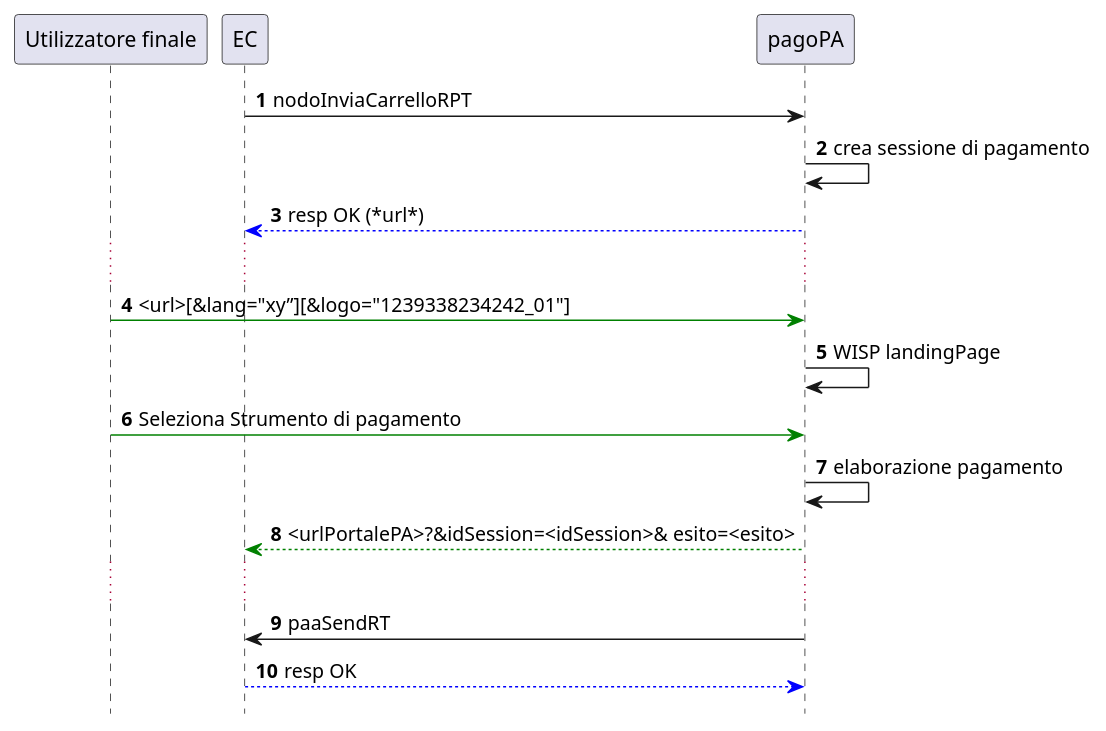
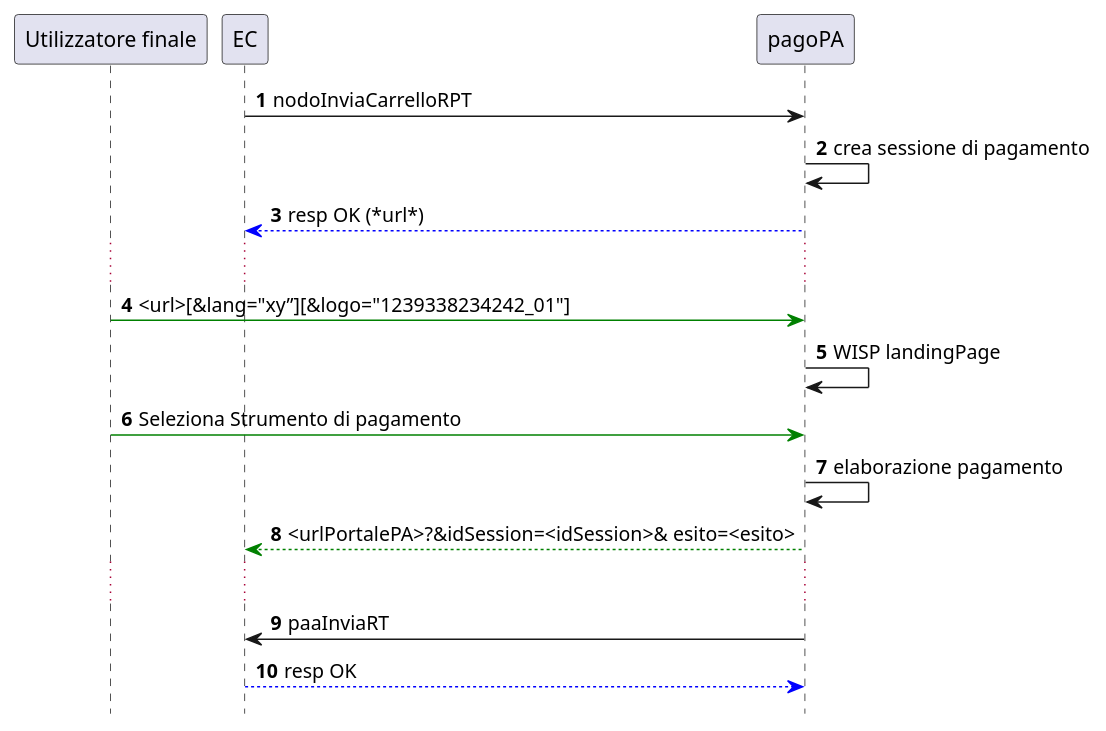
One commit to pagopa-archive/pagopa-specifichepagamenti-docs changed the diagram in puml-diagrams/sd_pagamento_online.puml. Above: the diagram before and after it, drawn with PlantUML. The commit also changed 2 other files, not shown here.

Commit message:
fix(diagrams): paaSendRT to paaInviaRT

```diff
--- a/puml-diagrams/sd_pagamento_online.puml
+++ b/puml-diagrams/sd_pagamento_online.puml
@@ -1,22 +1,22 @@
 @startuml
 hide footbox
 autonumber
 
 participant cit as "Utilizzatore finale"
 participant ec as "EC"
 participant pagopa as "pagoPA"
 
 
 ec -> pagopa : nodoInviaCarrelloRPT 
 pagopa -> pagopa : crea sessione di pagamento 
 pagopa -[#blue]-> ec : resp OK (*url*)
 ...
 cit -[#green]> pagopa : <url>[&lang="xy”][&logo="1239338234242_01"] 
 pagopa -> pagopa : WISP landingPage
 cit -[#green]> pagopa : Seleziona Strumento di pagamento
 pagopa -> pagopa : elaborazione pagamento
 pagopa -[#green]-> ec: <urlPortalePA>?&idSession=<idSession>& esito=<esito>
 ...
-pagopa -> ec : paaSendRT
+pagopa -> ec : paaInviaRT
 ec -[#blue]-> pagopa : resp OK
 @enduml
```
